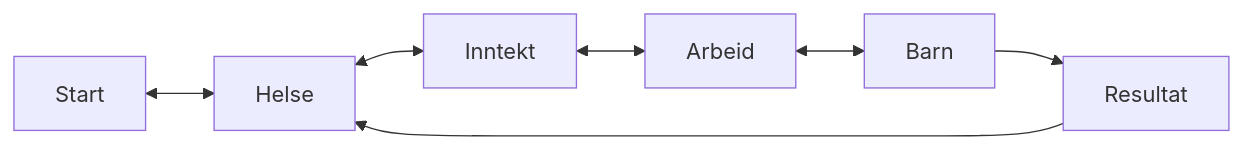
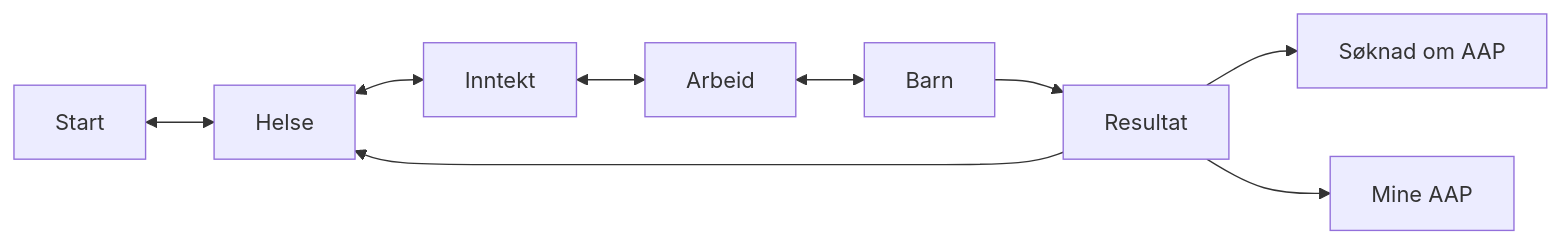
The first of 2 diagrams in dokumentasjon/docs/Systemdokumentasjon/kalkulator.md (navikt/aap-intern-sysdok), drawn with Mermaid before and after one commit.

````diff
--- a/dokumentasjon/docs/Systemdokumentasjon/kalkulator.md
+++ b/dokumentasjon/docs/Systemdokumentasjon/kalkulator.md
@@ -35,9 +35,11 @@
 ```mermaid
 flowchart LR
     A[Start] <--> B[Helse]
     B <--> C[Inntekt]
     C <--> D[Arbeid]
     D <--> E[Barn]
     E --> F[Resultat]
     F --> B
+    F --> G[Søknad om AAP]
+    F --> H[Mine AAP]
 ```
````
